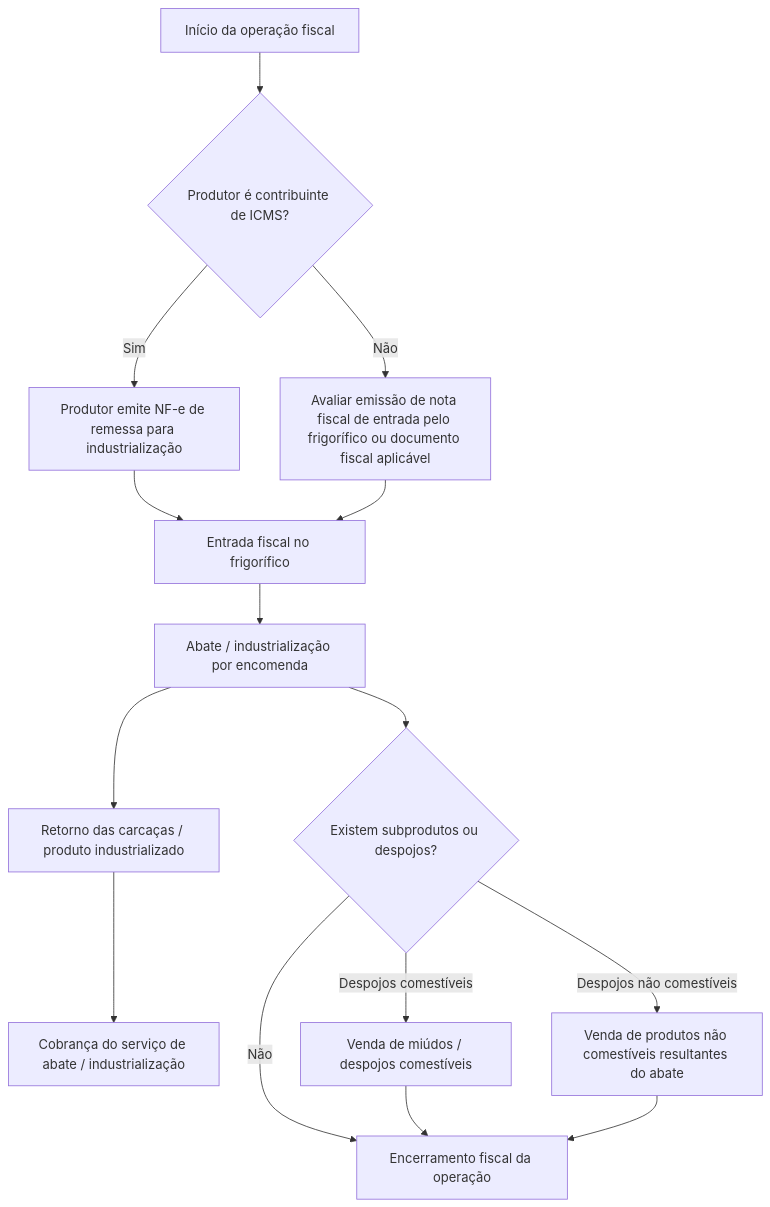
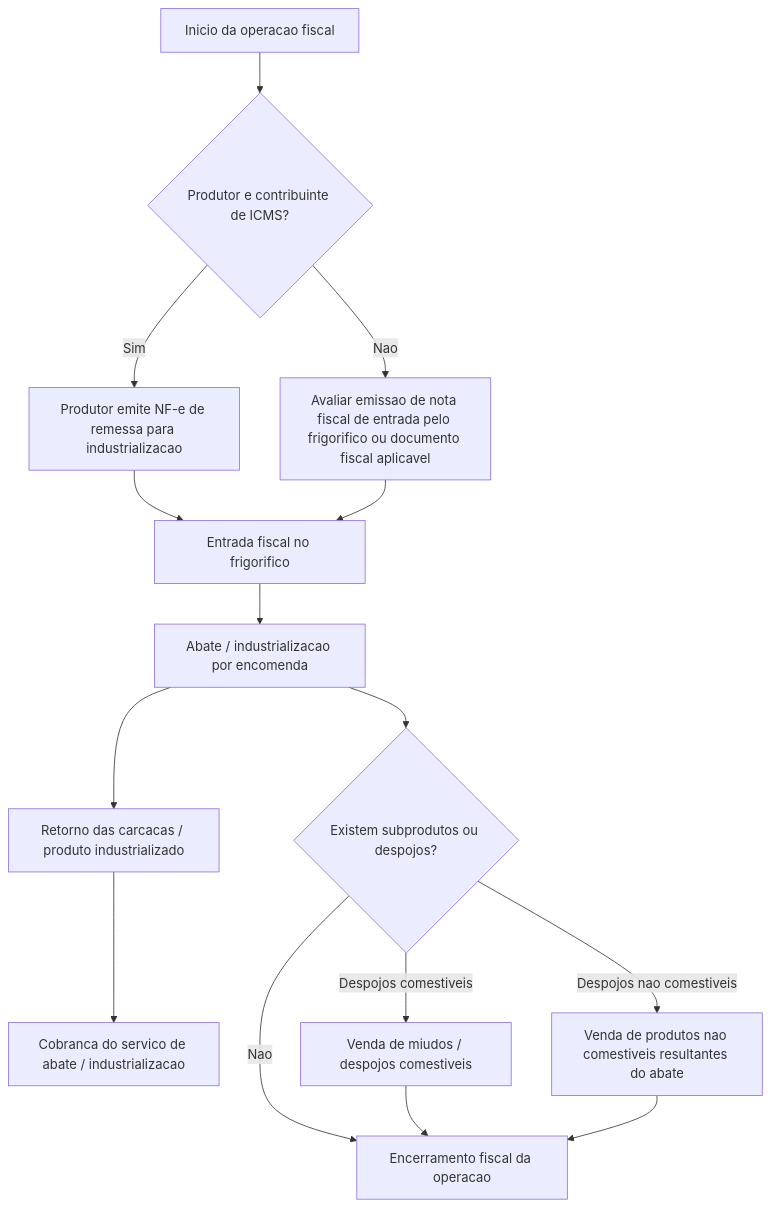
The diagram in apps/web/content/docs/suporte/rotinas-segmentos/Frigorifico.mdx (rafarodrix/documentacao-syspro), drawn with Mermaid before and after one commit. The commit also changed other lines of this file, not shown here.

Commit message:
ajuste documentação frigorifico

````diff
--- a/apps/web/content/docs/suporte/rotinas-segmentos/Frigorifico.mdx
+++ b/apps/web/content/docs/suporte/rotinas-segmentos/Frigorifico.mdx
@@ -44,22 +68,22 @@
 ```mermaid
 flowchart TD
-    A[Início da operação fiscal] --> B{Produtor é contribuinte de ICMS?}
+    A[Inicio da operacao fiscal] --> B{Produtor e contribuinte de ICMS?}
 
-    B -->|Sim| C[Produtor emite NF-e de remessa para industrialização]
-    B -->|Não| D[Avaliar emissão de nota fiscal de entrada pelo frigorífico ou documento fiscal aplicável]
+    B -->|Sim| C[Produtor emite NF-e de remessa para industrializacao]
+    B -->|Nao| D[Avaliar emissao de nota fiscal de entrada pelo frigorifico ou documento fiscal aplicavel]
 
-    C --> E[Entrada fiscal no frigorífico]
+    C --> E[Entrada fiscal no frigorifico]
     D --> E
 
-    E --> F[Abate / industrialização por encomenda]
-    F --> G[Retorno das carcaças / produto industrializado]
-    G --> H[Cobrança do serviço de abate / industrialização]
+    E --> F[Abate / industrializacao por encomenda]
+    F --> G[Retorno das carcacas / produto industrializado]
+    G --> H[Cobranca do servico de abate / industrializacao]
 
     F --> I{Existem subprodutos ou despojos?}
-    I -->|Despojos comestíveis| J[Venda de miúdos / despojos comestíveis]
-    I -->|Despojos não comestíveis| K[Venda de produtos não comestíveis resultantes do abate]
-    I -->|Não| L[Encerramento fiscal da operação]
+    I -->|Despojos comestiveis| J[Venda de miudos / despojos comestiveis]
+    I -->|Despojos nao comestiveis| K[Venda de produtos nao comestiveis resultantes do abate]
+    I -->|Nao| L[Encerramento fiscal da operacao]
 
     J --> L
     K --> L
 ```
````
